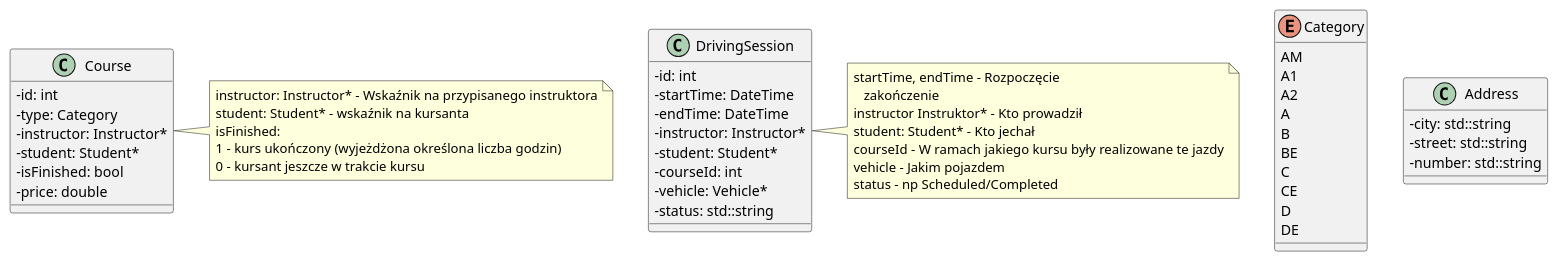
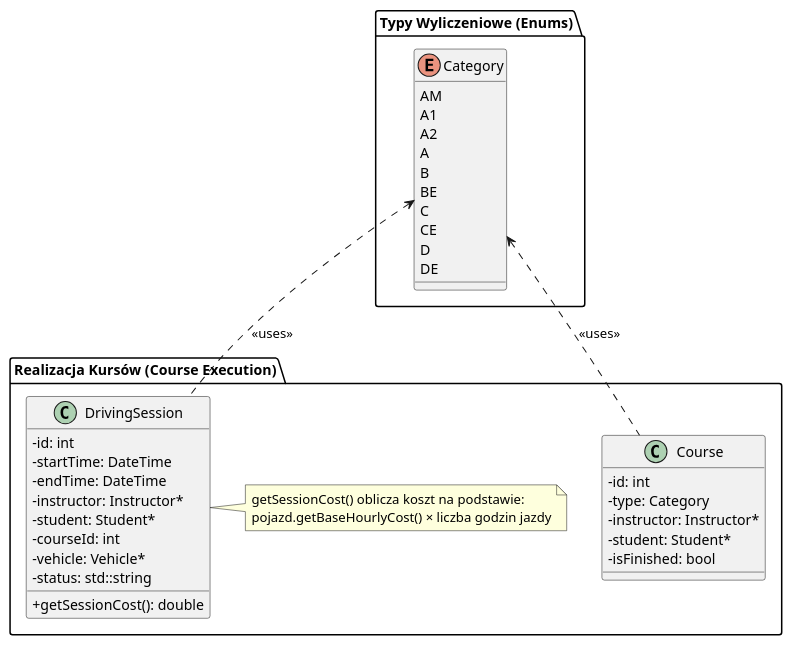
The diagram in uml/model/entities.puml (j-muszynski/Centrum-Szkoleniowe-POBI), drawn with PlantUML before and after one commit. The commit also changed 9 other files, not shown here.

Commit message:
Aktualizacja UML

```diff
--- a/uml/model/entities.puml
+++ b/uml/model/entities.puml
@@ -1,59 +1,48 @@
 @startuml
 skinparam classAttributeIconSize 0
-enum Category {
-    AM
-    A1
-    A2
-    A
-    B
-    BE
-    C
-    CE
-    D
-    DE
+
+package "Typy Wyliczeniowe (Enums)" {
+    enum Category {
+        AM
+        A1
+        A2
+        A
+        B
+        BE
+        C
+        CE
+        D
+        DE
+    }
 }
 
-class Address {
-    - city: std::string
-    - street: std::string
-    - number: std::string
+package "Realizacja Kursów (Course Execution)" {
+    class Course {
+        - id: int
+        - type: Category
+        - instructor: Instructor*
+        - student: Student*
+        - isFinished: bool
+    }
+
+    class DrivingSession {
+        - id: int
+        - startTime: DateTime
+        - endTime: DateTime
+        - instructor: Instructor*
+        - student: Student*
+        - courseId: int
+        - vehicle: Vehicle*
+        - status: std::string
+        + getSessionCost(): double
+    }
+
+    note right of DrivingSession
+      getSessionCost() oblicza koszt na podstawie:
+      pojazd.getBaseHourlyCost() × liczba godzin jazdy
+    end note
 }
 
-class Course {
-    - id: int
-    - type: Category
-    - instructor: Instructor*
-    - student: Student*
-    - isFinished: bool
-    - price: double
-}
-note right of Course
-  instructor: Instructor* - Wskaźnik na przypisanego instruktora
-  student: Student* - wskaźnik na kursanta
-  isFinished:
-  1 - kurs ukończony (wyjeżdżona określona liczba godzin)
-  0 - kursant jeszcze w trakcie kursu
-end note
-
-class DrivingSession {
-    - id: int
-    - startTime: DateTime
-    - endTime: DateTime
-    - instructor: Instructor*
-    - student: Student*
-    - courseId: int
-    - vehicle: Vehicle*
-    - status: std::string
-}
-
-note right of DrivingSession
-  startTime, endTime - Rozpoczęcie
-     zakończenie
-  instructor Instruktor* - Kto prowadził
-  student: Student* - Kto jechał
-  courseId - W ramach jakiego kursu były realizowane te jazdy
-  vehicle - Jakim pojazdem
-  status - np Scheduled/Completed
- end note
-
+Course .up.> Category : <<uses>>
+DrivingSession .up.> Category : <<uses>>
 @enduml
```
